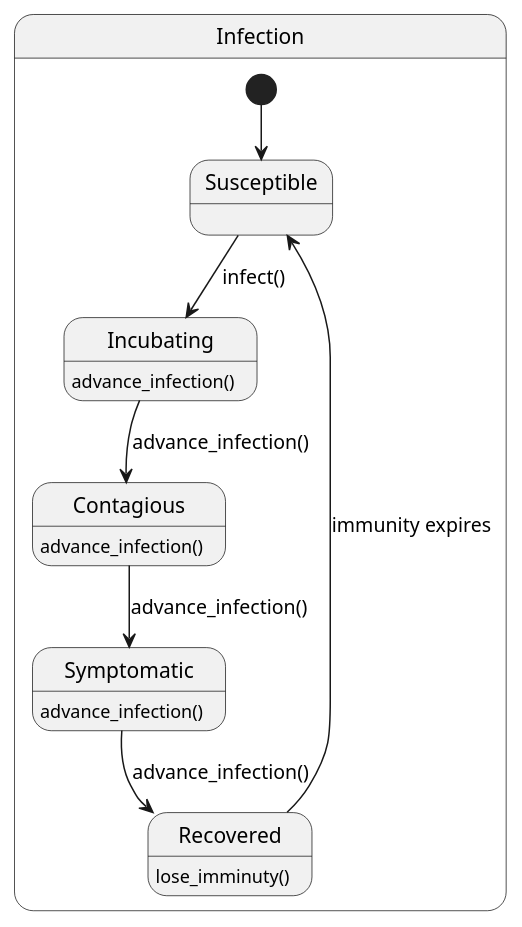
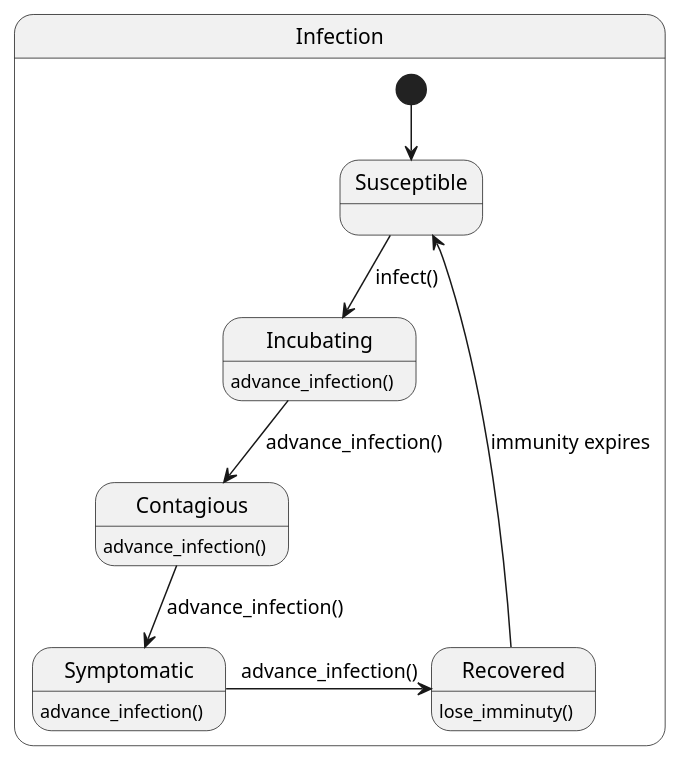
The diagram in doc/uml/src/infection.puml (JoshuaSFryer/multi-agent-sim), drawn with PlantUML before and after one commit. The commit also changed 25 other files, not shown here.

```diff
--- a/doc/uml/src/infection.puml
+++ b/doc/uml/src/infection.puml
@@ -1,15 +1,16 @@
 @startuml Normal_Infection
+skinparam DefaultFontName ArialMT
 state Infection {
     [*] --> Susceptible
-    Susceptible --> Incubating : infect()
+    Susceptible -down-> Incubating : infect()
     Incubating : advance_infection()
-    Incubating --> Contagious : advance_infection()
+    Incubating -down-> Contagious : advance_infection()
     Contagious : advance_infection()
     Contagious --> Symptomatic : advance_infection()
     Symptomatic : advance_infection()
-    Symptomatic --> Recovered : advance_infection()
+    Symptomatic -right-> Recovered : advance_infection()
     Recovered: lose_imminuty()
-    Recovered --> Susceptible : immunity expires
+    Recovered -up-> Susceptible : immunity expires
 }
 
 @enduml
```
